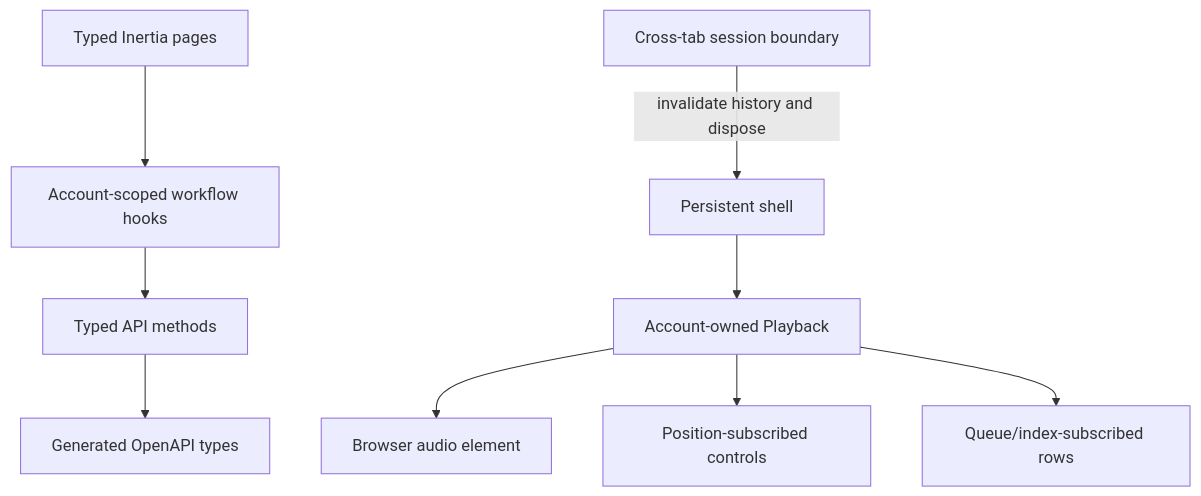
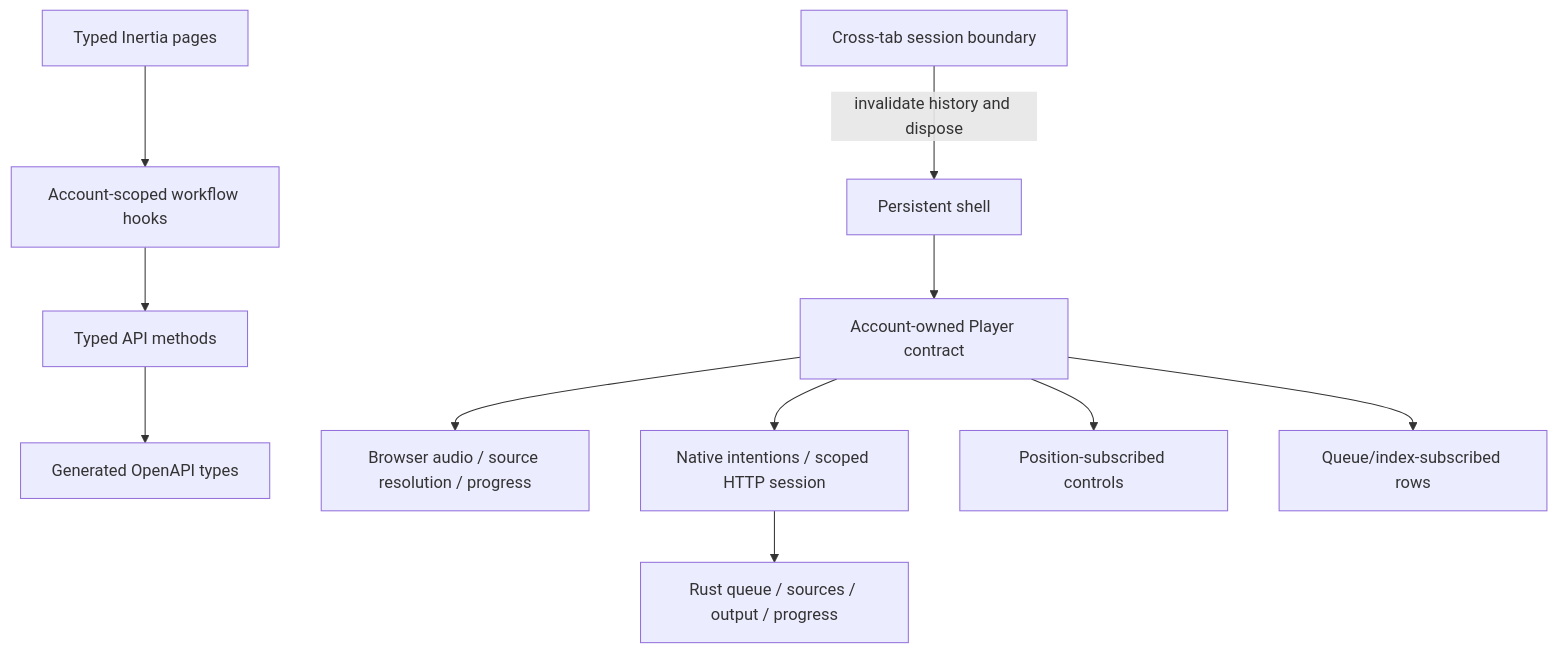
One commit to acidiney/hitoapp changed the third of 5 diagrams in docs/architecture.md. Above: the diagram before and after it, drawn with Mermaid. The commit also changed other lines of this file and 4 other files, not shown here.

Commit message:
Document shared native player ownership bounds and verified desktop behavior

````diff
--- a/docs/architecture.md
+++ b/docs/architecture.md
@@ -85,11 +85,13 @@
 ```mermaid
 flowchart TB
   Routes[Typed Inertia pages] --> Hooks[Account-scoped workflow hooks]
   Hooks --> API[Typed API methods]
   API --> Contract[Generated OpenAPI types]
-  Shell[Persistent shell] --> Player[Account-owned Playback]
-  Player --> Audio[Browser audio element]
+  Shell[Persistent shell] --> Player[Account-owned Player contract]
+  Player --> Browser[Browser audio / source resolution / progress]
+  Player --> Native[Native intentions / scoped HTTP session]
+  Native --> Rust[Rust queue / sources / output / progress]
   Player --> Controls[Position-subscribed controls]
   Player --> Queue[Queue/index-subscribed rows]
   Auth[Cross-tab session boundary] -->|invalidate history and dispose| Shell
 ```
````
